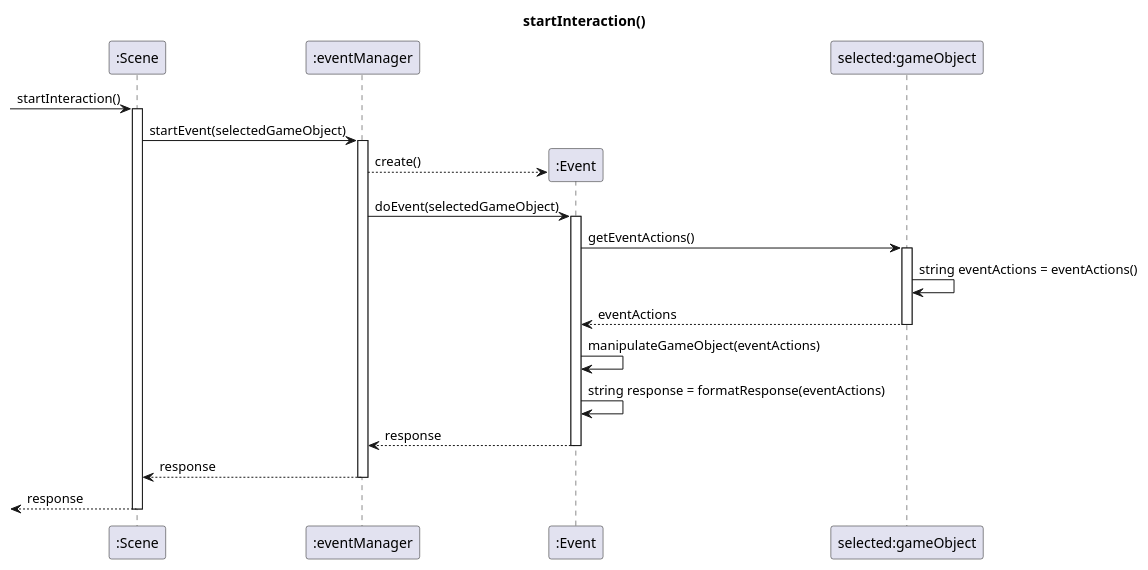
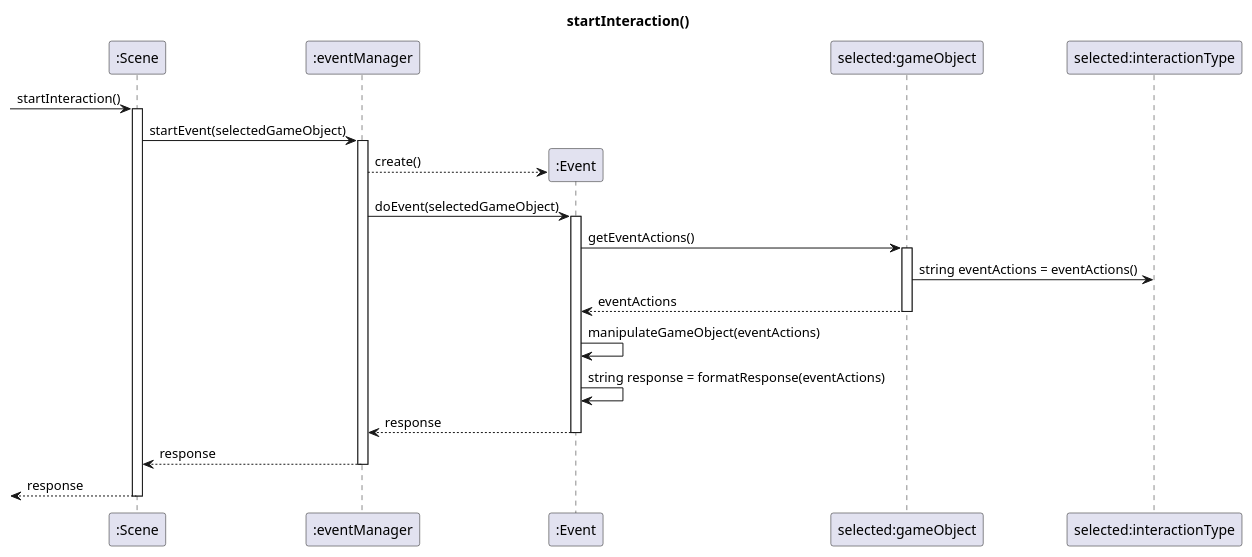
The diagram in startInteraction.pu (NoahHakansson/SE-PA1460), drawn with PlantUML before and after one commit.

```diff
--- a/startInteraction.pu
+++ b/startInteraction.pu
@@ -1,17 +1,17 @@
 @startuml
 
 title startInteraction()
 [-> ":Scene" ++ : startInteraction()
 ":Scene" -> ":eventManager" ++ : startEvent(selectedGameObject)
 ":eventManager" --> ":Event" ** : create()
 ":eventManager" -> ":Event" ++: doEvent(selectedGameObject)
 ":Event" -> "selected:gameObject" ++: getEventActions()
-"selected:gameObject" -> "selected:gameObject": string eventActions = eventActions()
+"selected:gameObject" -> "selected:interactionType": string eventActions = eventActions()
 return eventActions
 ":Event" -> ":Event": manipulateGameObject(eventActions)
 ":Event" -> ":Event": string response = formatResponse(eventActions)
 return response 
 return response
 return response
 
 @enduml
```
